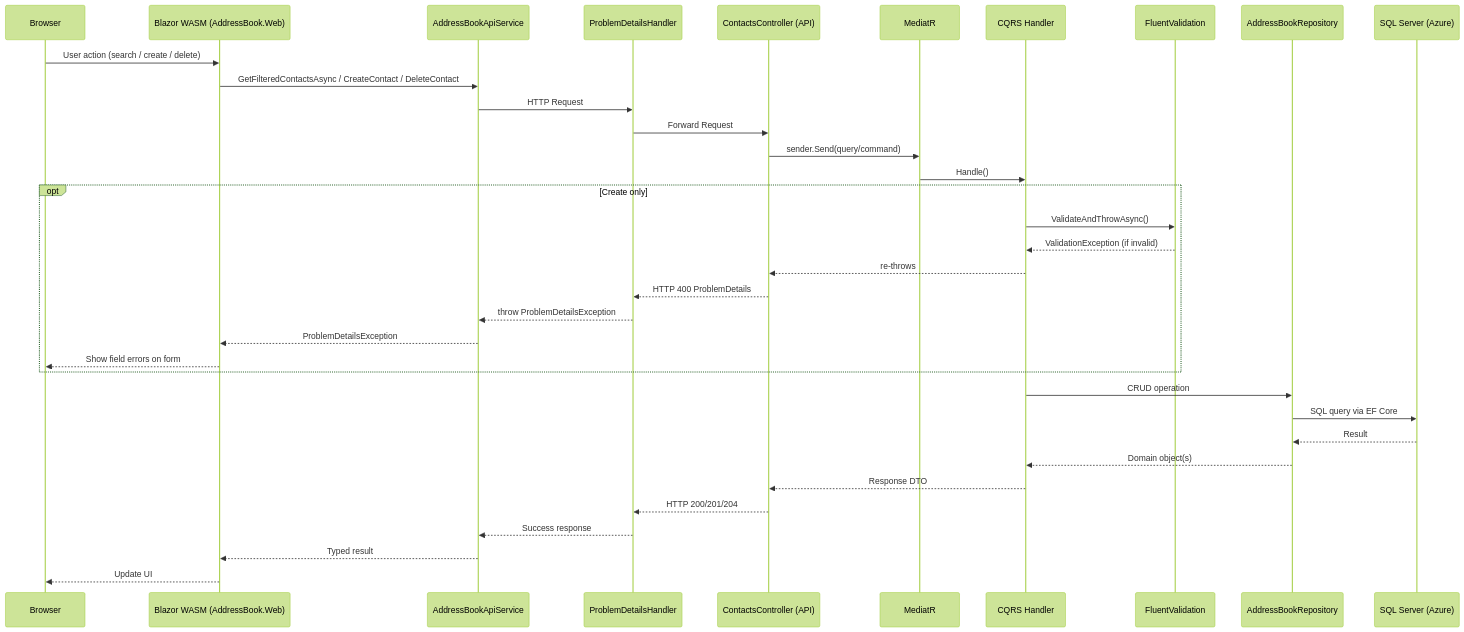
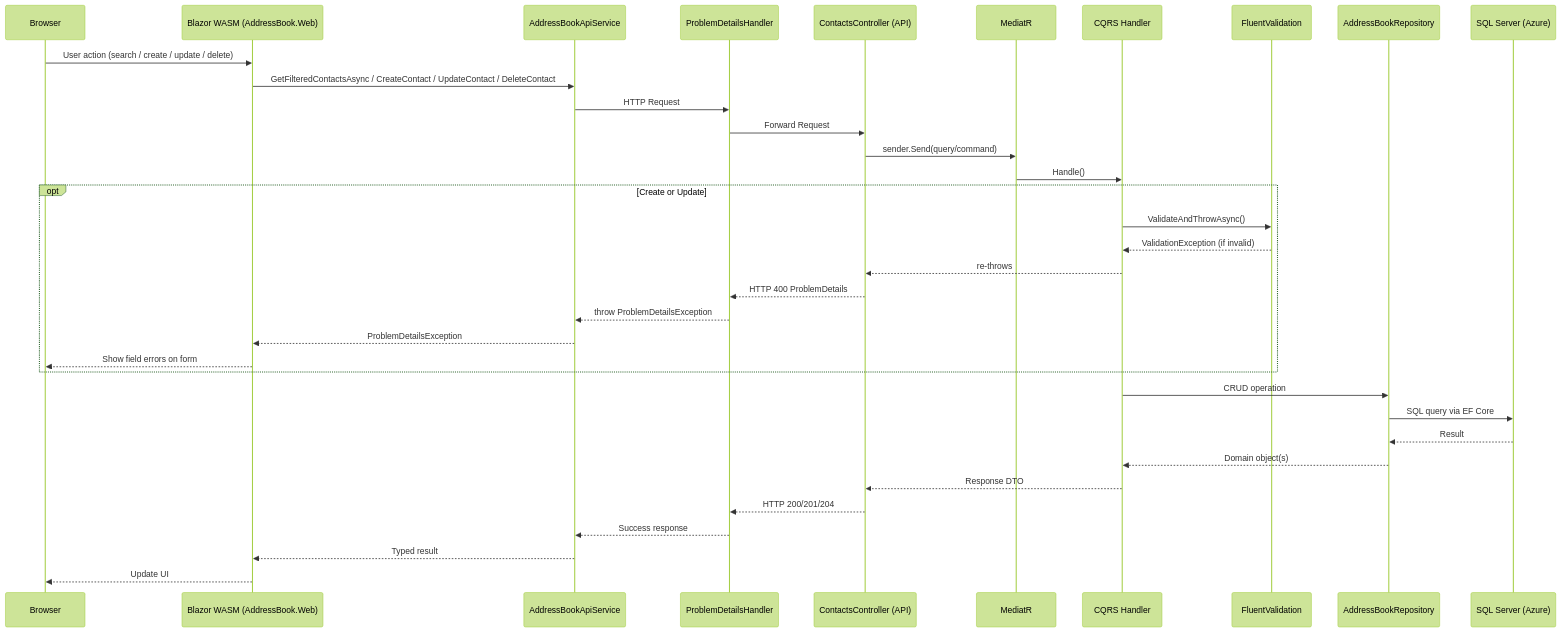
The second of 3 diagrams in .github/askrinnik-addressbook2025.md (askrinnik/AddressBook2025), drawn with Mermaid (forest theme) before and after one commit. The commit also changed other lines of this file, not shown here.

````diff
--- a/.github/askrinnik-addressbook2025.md
+++ b/.github/askrinnik-addressbook2025.md
@@ -517,38 +560,38 @@
 ```mermaid
 sequenceDiagram
     participant Browser
     participant BlazorWASM as Blazor WASM (AddressBook.Web)
     participant ApiSvc as AddressBookApiService
     participant PDHandler as ProblemDetailsHandler
     participant API as ContactsController (API)
     participant MediatR
     participant Handler as CQRS Handler
     participant Validator as FluentValidation
     participant Repo as AddressBookRepository
     participant DB as SQL Server (Azure)
 
-    Browser->>BlazorWASM: User action (search / create / delete)
-    BlazorWASM->>ApiSvc: GetFilteredContactsAsync / CreateContact / DeleteContact
+    Browser->>BlazorWASM: User action (search / create / update / delete)
+    BlazorWASM->>ApiSvc: GetFilteredContactsAsync / CreateContact / UpdateContact / DeleteContact
     ApiSvc->>PDHandler: HTTP Request
     PDHandler->>API: Forward Request
     API->>MediatR: sender.Send(query/command)
     MediatR->>Handler: Handle()
-    opt Create only
+    opt Create or Update
         Handler->>Validator: ValidateAndThrowAsync()
         Validator-->>Handler: ValidationException (if invalid)
         Handler-->>API: re-throws
         API-->>PDHandler: HTTP 400 ProblemDetails
         PDHandler-->>ApiSvc: throw ProblemDetailsException
         ApiSvc-->>BlazorWASM: ProblemDetailsException
         BlazorWASM-->>Browser: Show field errors on form
     end
     Handler->>Repo: CRUD operation
     Repo->>DB: SQL query via EF Core
     DB-->>Repo: Result
     Repo-->>Handler: Domain object(s)
     Handler-->>API: Response DTO
     API-->>PDHandler: HTTP 200/201/204
     PDHandler-->>ApiSvc: Success response
     ApiSvc-->>BlazorWASM: Typed result
     BlazorWASM-->>Browser: Update UI
 ```
````
